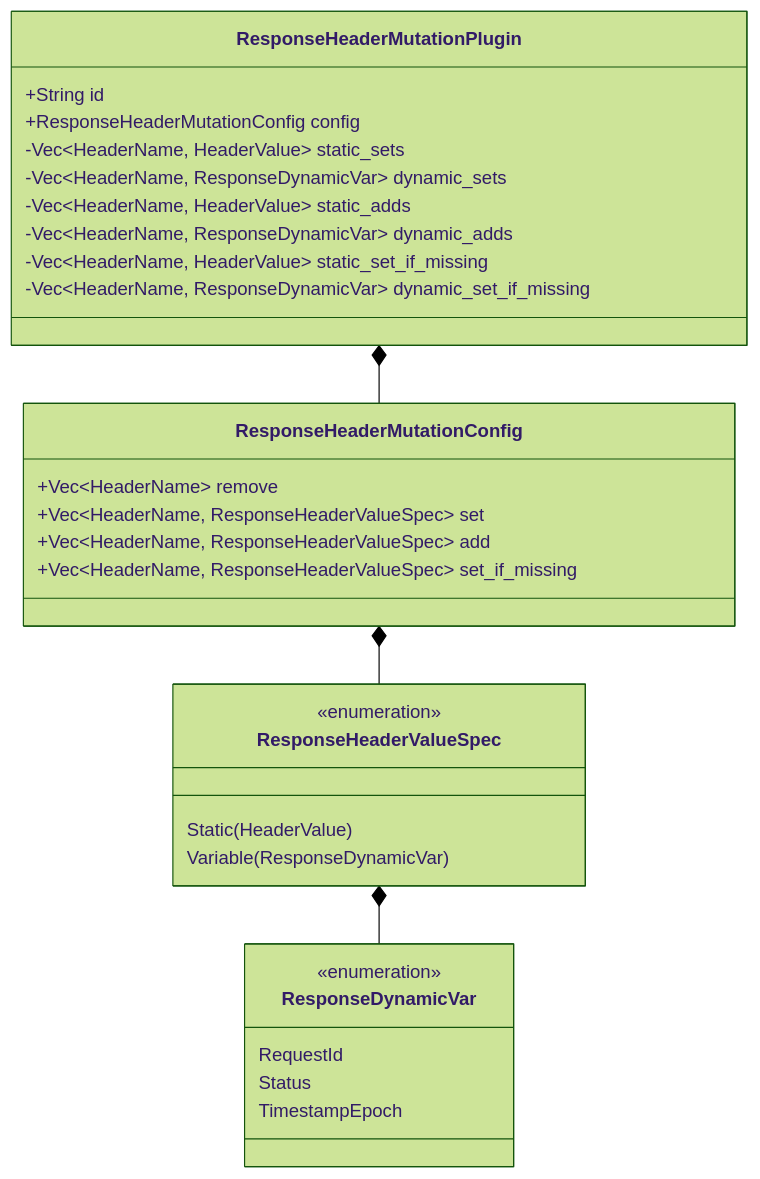
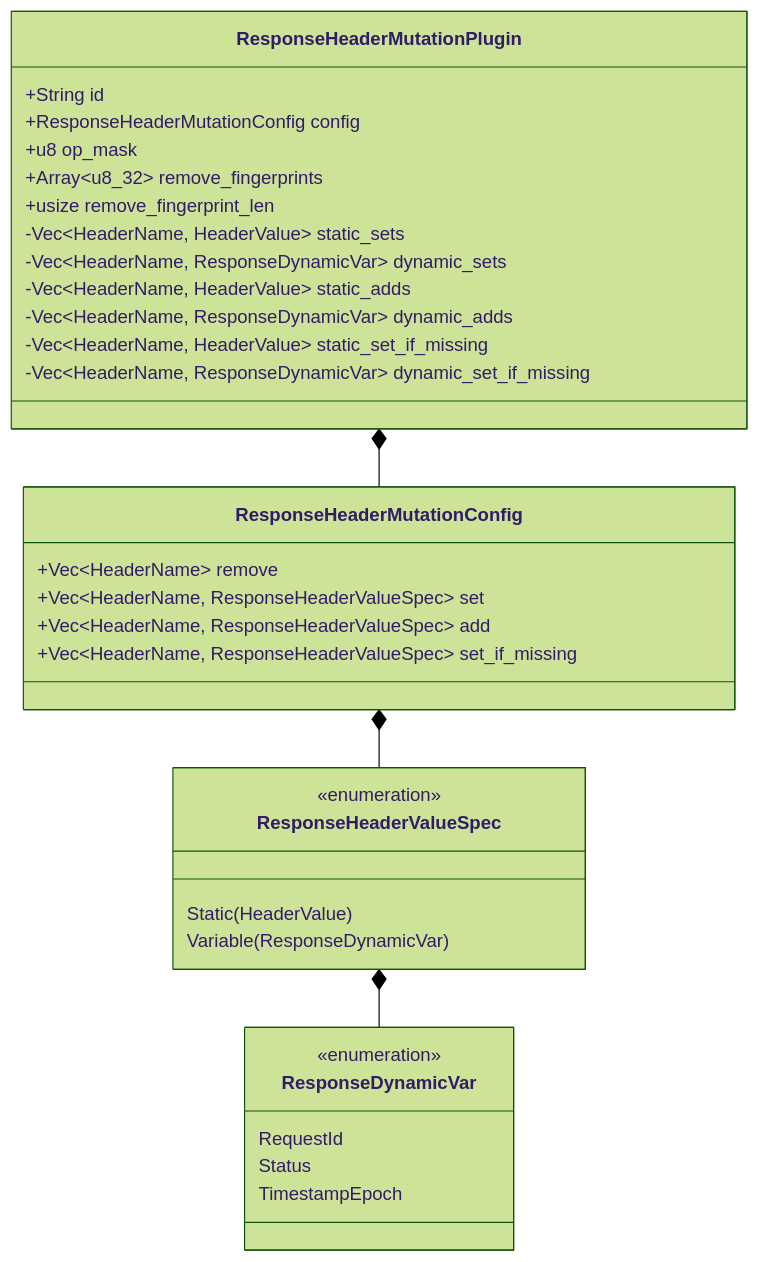
The second of 2 diagrams in crates/velda-plugin/src/post_response/response_header_mutation/ARCHITECTURE.md (phucle996/velda-edge), drawn with Mermaid (forest theme) before and after one commit. The commit also changed other lines of this file and 145 other files, not shown here.

````diff
--- a/crates/velda-plugin/src/post_response/response_header_mutation/ARCHITECTURE.md
+++ b/crates/velda-plugin/src/post_response/response_header_mutation/ARCHITECTURE.md
@@ -55,37 +65,40 @@
 ```mermaid
 classDiagram
     class ResponseHeaderMutationPlugin {
         +String id
         +ResponseHeaderMutationConfig config
+        +u8 op_mask
+        +Array~u8_32~ remove_fingerprints
+        +usize remove_fingerprint_len
         -Vec~HeaderName, HeaderValue~ static_sets
         -Vec~HeaderName, ResponseDynamicVar~ dynamic_sets
         -Vec~HeaderName, HeaderValue~ static_adds
         -Vec~HeaderName, ResponseDynamicVar~ dynamic_adds
         -Vec~HeaderName, HeaderValue~ static_set_if_missing
         -Vec~HeaderName, ResponseDynamicVar~ dynamic_set_if_missing
     }
 
     class ResponseHeaderMutationConfig {
         +Vec~HeaderName~ remove
         +Vec~HeaderName, ResponseHeaderValueSpec~ set
         +Vec~HeaderName, ResponseHeaderValueSpec~ add
         +Vec~HeaderName, ResponseHeaderValueSpec~ set_if_missing
     }
 
     class ResponseHeaderValueSpec {
         <<enumeration>>
         Static(HeaderValue)
         Variable(ResponseDynamicVar)
     }
 
     class ResponseDynamicVar {
         <<enumeration>>
         RequestId
         Status
         TimestampEpoch
     }
 
     ResponseHeaderMutationPlugin *-- ResponseHeaderMutationConfig
     ResponseHeaderMutationConfig *-- ResponseHeaderValueSpec
     ResponseHeaderValueSpec *-- ResponseDynamicVar
 ```
````
